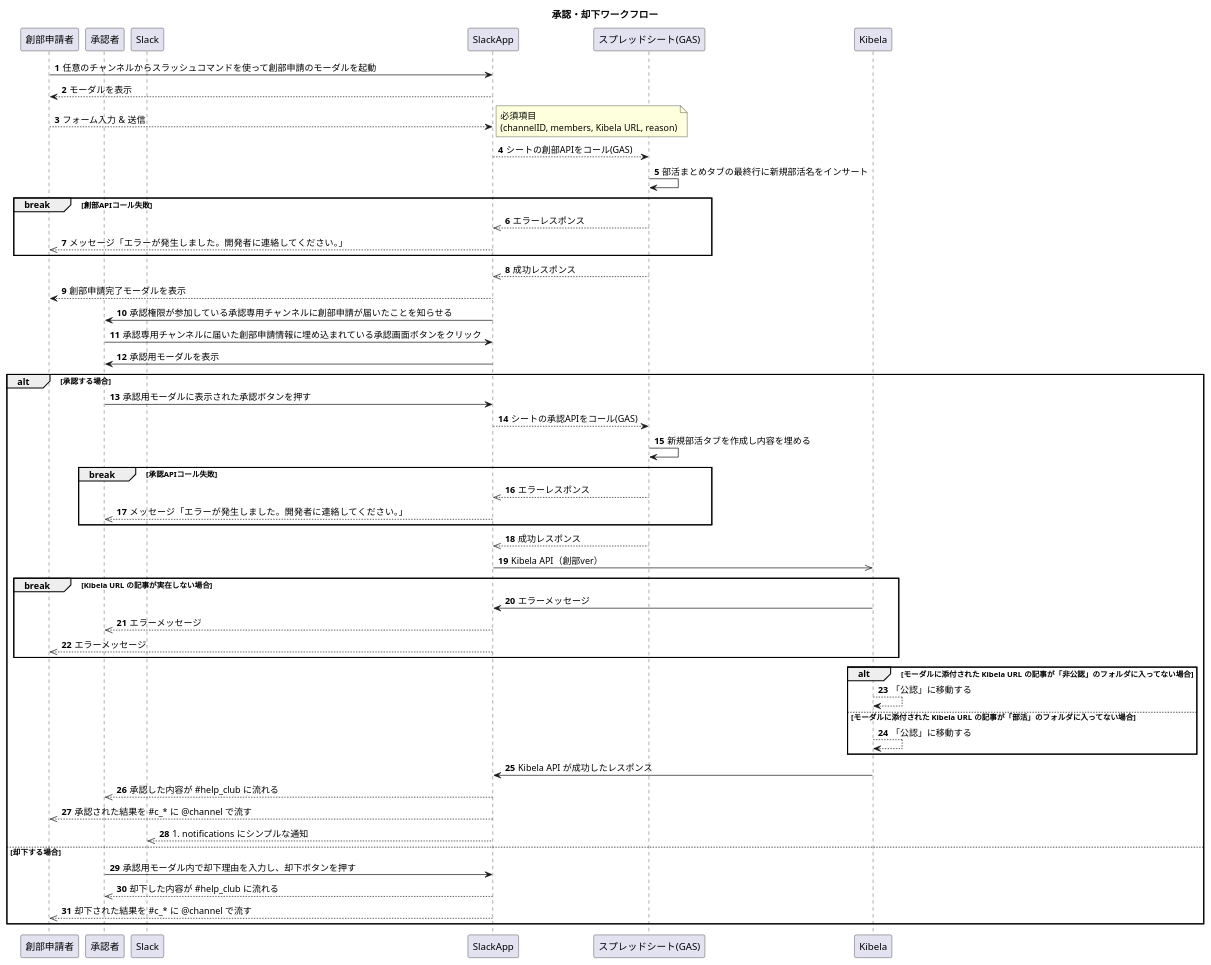
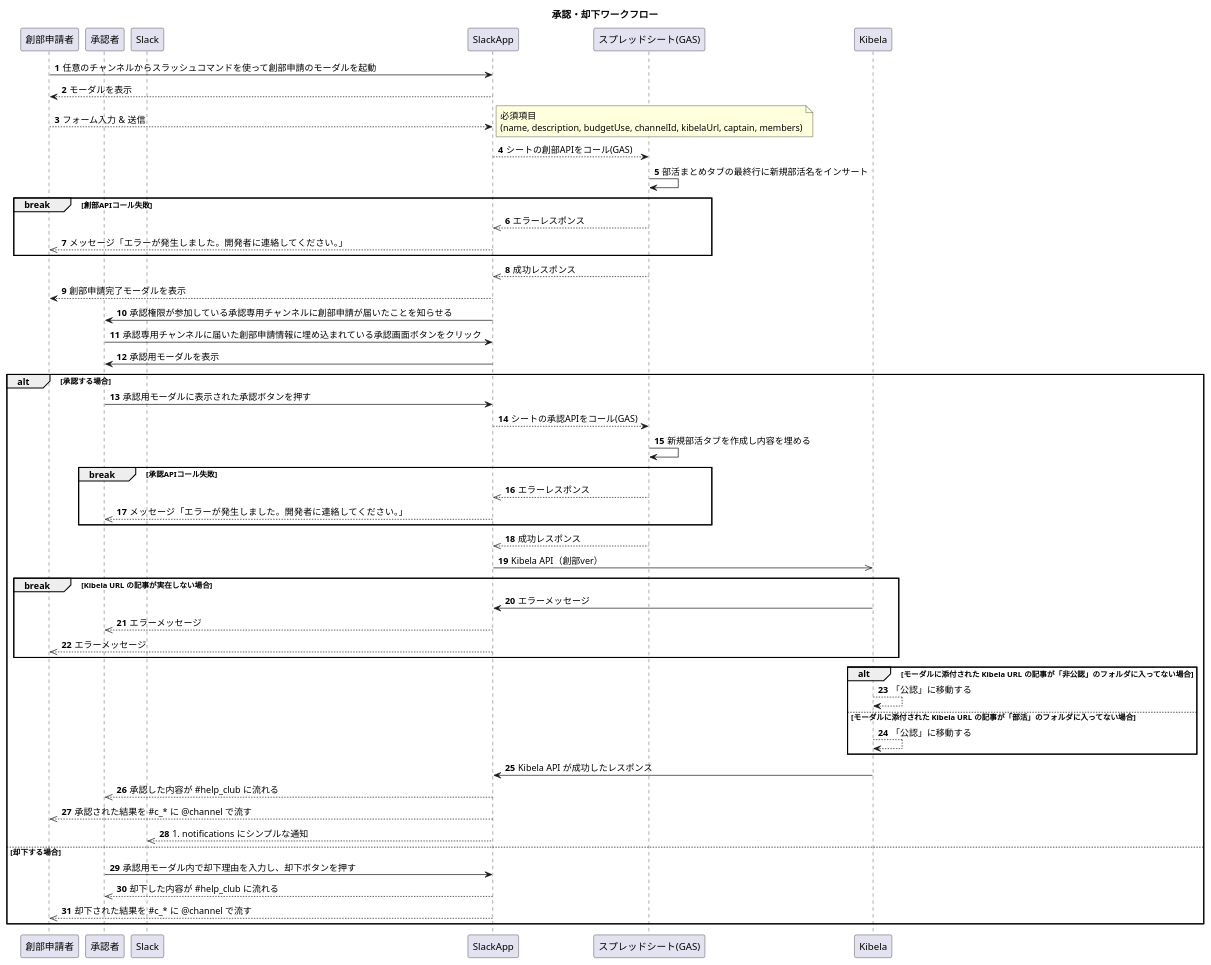
The diagram in docs/sequence-diagram/CreateClub.pu (tam-bourine/club-entry-manager), drawn with PlantUML before and after one commit. The commit also changed 1 other file, not shown here.

Commit message:
docs: update requirements in sequence

```diff
--- a/docs/sequence-diagram/CreateClub.pu
+++ b/docs/sequence-diagram/CreateClub.pu
@@ -1,68 +1,68 @@
 @startuml
 
 title 承認・却下ワークフロー
 
 autonumber
 participant 創部申請者 as captain
 participant 承認者 as auth
 participant Slack as slack
 participant SlackApp as slackapp
 participant "スプレッドシート(GAS)" as sheet
 participant Kibela as kibela
 
 captain -> slackapp: 任意のチャンネルからスラッシュコマンドを使って創部申請のモーダルを起動
 slackapp --> captain: モーダルを表示
 captain --> slackapp: フォーム入力 & 送信
-note right: 必須項目\n(channelID, members, Kibela URL, reason)
+note right: 必須項目\n(name, description, budgetUse, channelId, kibelaUrl, captain, members)
 slackapp --> sheet: シートの創部APIをコール(GAS)
 sheet -> sheet: 部活まとめタブの最終行に新規部活名をインサート
 
 break 創部APIコール失敗
     sheet -->> slackapp: エラーレスポンス
     slackapp -->> captain: メッセージ「エラーが発生しました。開発者に連絡してください。」
 end
 
 sheet -->> slackapp: 成功レスポンス
 
 slackapp --> captain: 創部申請完了モーダルを表示
 slackapp -> auth: 承認権限が参加している承認専用チャンネルに創部申請が届いたことを知らせる
 auth -> slackapp: 承認専用チャンネルに届いた創部申請情報に埋め込まれている承認画面ボタンをクリック
 slackapp -> auth: 承認用モーダルを表示
 
 alt 承認する場合
     auth -> slackapp: 承認用モーダルに表示された承認ボタンを押す
     slackapp --> sheet: シートの承認APIをコール(GAS)
     sheet -> sheet: 新規部活タブを作成し内容を埋める
 
     break 承認APIコール失敗
         sheet -->> slackapp: エラーレスポンス
         slackapp -->> auth: メッセージ「エラーが発生しました。開発者に連絡してください。」
     end
 
     sheet -->> slackapp: 成功レスポンス
     slackapp ->> kibela: Kibela API（創部ver）
 
     break Kibela URL の記事が実在しない場合
         kibela -> slackapp: エラーメッセージ
         slackapp -->> auth: エラーメッセージ
         slackapp -->> captain: エラーメッセージ
     end
 
     alt モーダルに添付された Kibela URL の記事が「非公認」のフォルダに入ってない場合
         kibela --> kibela: 「公認」に移動する
     else モーダルに添付された Kibela URL の記事が「部活」のフォルダに入ってない場合
         kibela --> kibela: 「公認」に移動する
     end
 
     kibela -> slackapp: Kibela API が成功したレスポンス
     slackapp -->> auth: 承認した内容が #help_club に流れる
     slackapp -->> captain: 承認された結果を #c_* に @channel で流す
     slackapp -->> slack: #notifications にシンプルな通知
 
 else 却下する場合
     auth -> slackapp: 承認用モーダル内で却下理由を入力し、却下ボタンを押す
     slackapp -->> auth: 却下した内容が #help_club に流れる
     slackapp -->> captain: 却下された結果を #c_* に @channel で流す
 end
 
 @enduml
```
